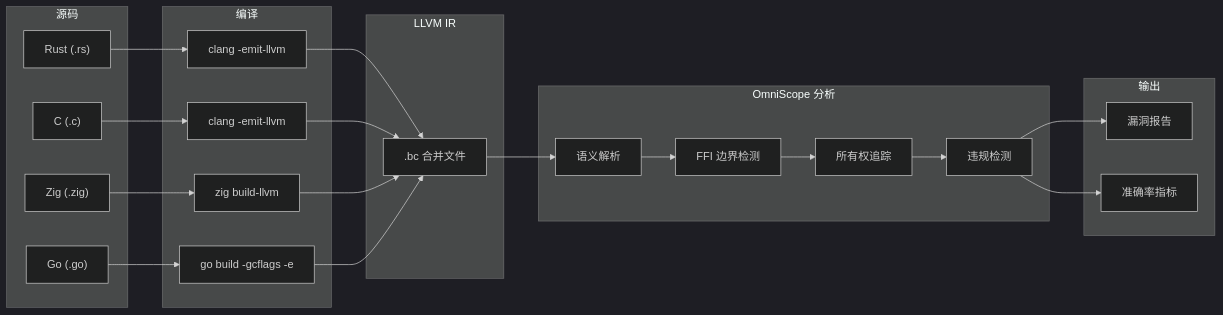
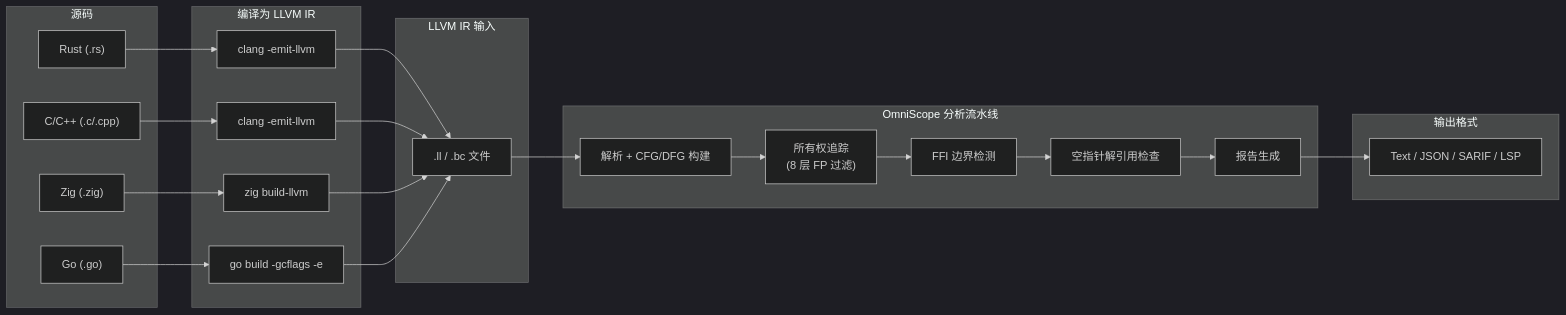
One commit to Timwood0x10/OmniScope changed the second of 2 diagrams in README_zh.md. Above: the diagram before and after it, drawn with Mermaid (dark theme). The commit also changed other lines of this file and 5 other files, not shown here.

````diff
--- a/README_zh.md
+++ b/README_zh.md
@@ -165,44 +79,39 @@
 ```mermaid
 flowchart LR
     subgraph Source["源码"]
         Rust["Rust (.rs)"]
-        C["C (.c)"]
+        Cpp["C/C++ (.c/.cpp)"]
         Zig["Zig (.zig)"]
         Go["Go (.go)"]
     end
 
-    subgraph Compile["编译"]
+    subgraph Compile["编译为 LLVM IR"]
         LLVMRust["clang -emit-llvm"]
         LLVMC["clang -emit-llvm"]
         LLVMZig["zig build-llvm"]
         LLVMGo["go build -gcflags -e"]
     end
 
-    subgraph IR["LLVM IR"]
-        BC[".bc 合并文件"]
+    subgraph IR["LLVM IR 输入"]
+        BC[".ll / .bc 文件"]
     end
 
-    subgraph Analysis["OmniScope 分析"]
-        Parse["语义解析"]
-        Detect["FFI 边界检测"]
-        Track["所有权追踪"]
-        Check["违规检测"]
+    subgraph OmniScope["OmniScope 分析流水线"]
+        Parse["解析 + CFG/DFG 构建"]
+        Own["所有权追踪<br/>(8 层 FP 过滤)"]
+        FFI2["FFI 边界检测"]
+        Null2["空指针解引用检查"]
+        Report["报告生成"]
     end
 
-    subgraph Result["输出"]
-        Report["漏洞报告"]
-        Metrics["准确率指标"]
+    subgraph Output2["输出格式"]
+        CLI2["Text / JSON / SARIF / LSP"]
     end
 
     Rust --> LLVMRust
-    C --> LLVMC
+    Cpp --> LLVMC
     Zig --> LLVMZig
     Go --> LLVMGo
     LLVMRust & LLVMC & LLVMZig & LLVMGo --> BC
-    BC --> Parse
-    Parse --> Detect
-    Detect --> Track
-    Track --> Check
-    Check --> Report
-    Check --> Metrics
+    BC --> Parse --> Own --> FFI2 --> Null2 --> Report --> CLI2
 ```
````
